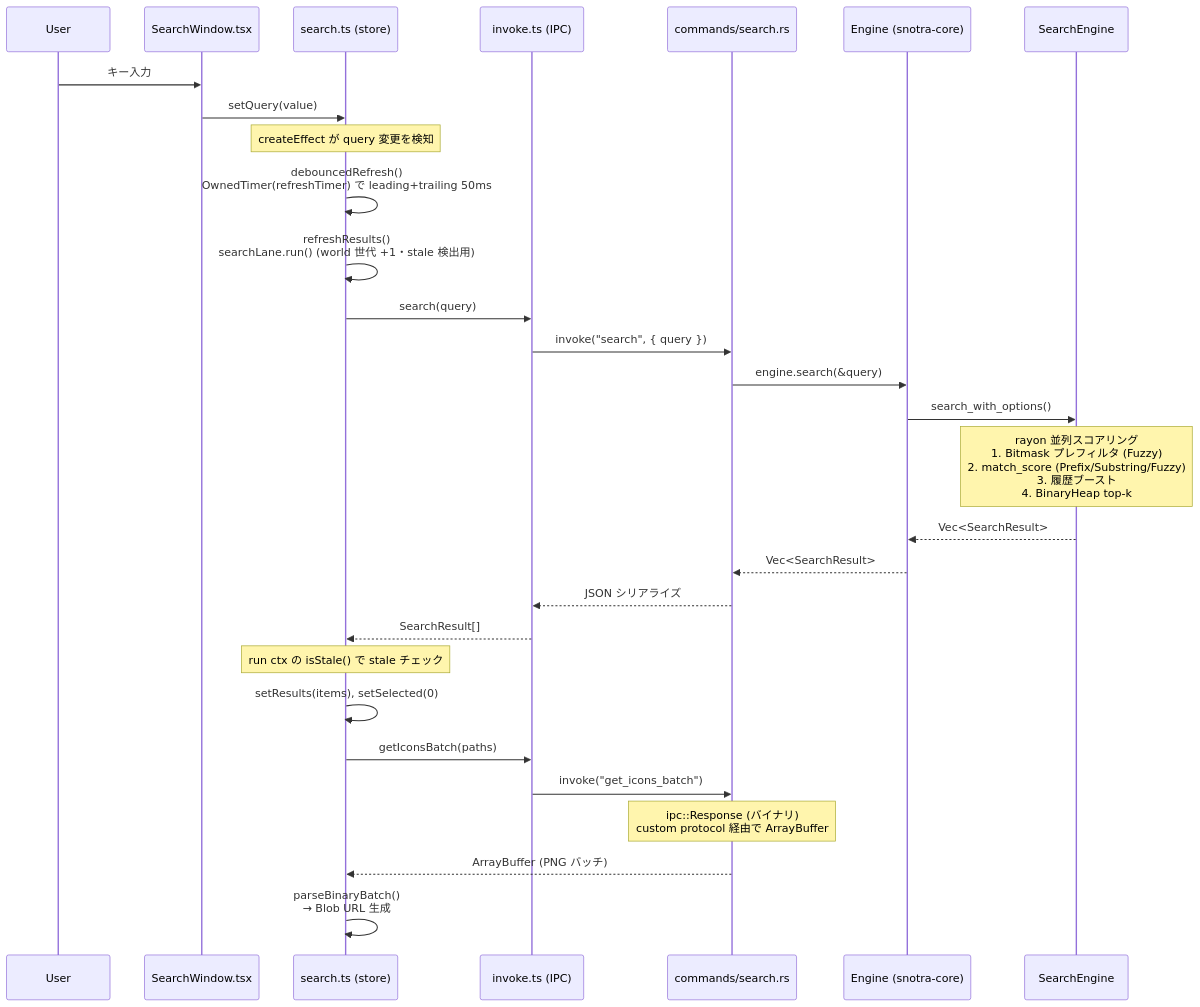
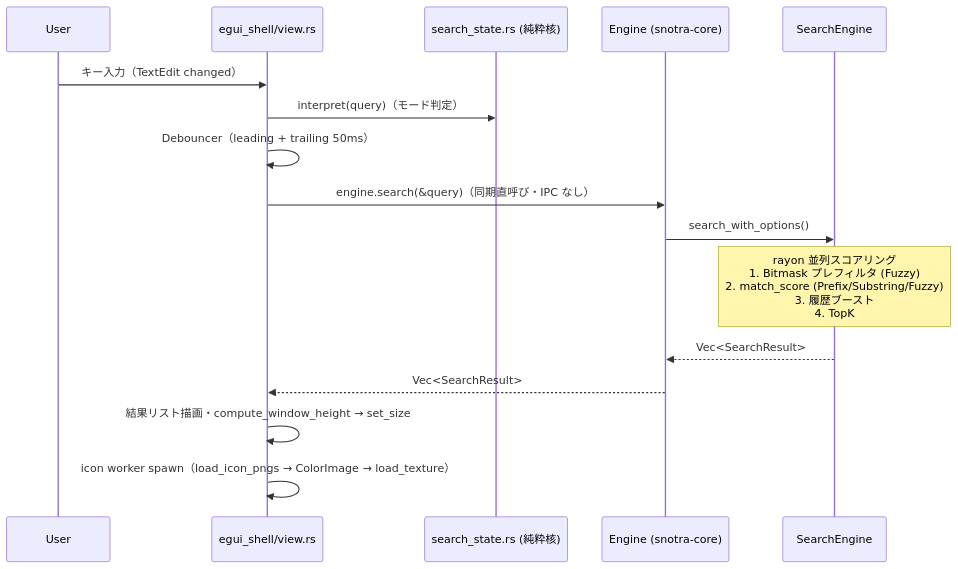
Before and after one commit to finelagusaz/Snotra: the diagram in docs/architecture.md, drawn with Mermaid. The commit also changed other lines of this file and 98 other files, not shown here.

````diff
--- a/docs/architecture.md
+++ b/docs/architecture.md
@@ -185,42 +159,21 @@
 ```mermaid
 sequenceDiagram
     participant User
-    participant SW as SearchWindow.tsx
-    participant SS as search.ts (store)
-    participant API as invoke.ts (IPC)
-    participant Cmd as commands/search.rs
+    participant View as egui_shell/view.rs
+    participant State as search_state.rs (純粋核)
     participant Eng as Engine (snotra-core)
     participant SE as SearchEngine
 
-    User->>SW: キー入力
-    SW->>SS: setQuery(value)
-
-    Note over SS: createEffect が query 変更を検知
-
-    SS->>SS: debouncedRefresh()<br/>OwnedTimer(refreshTimer) で leading+trailing 50ms
-
-    SS->>SS: refreshResults()<br/>searchLane.run() (world 世代 +1・stale 検出用)
-    SS->>API: search(query)
-    API->>Cmd: invoke("search", { query })
-    Cmd->>Eng: engine.search(&query)
+    User->>View: キー入力（TextEdit changed）
+    View->>State: interpret(query)（モード判定）
+    View->>View: Debouncer（leading + trailing 50ms）
+    View->>Eng: engine.search(&query)（同期直呼び・IPC なし）
     Eng->>SE: search_with_options()
 
-    Note over SE: rayon 並列スコアリング<br/>1. Bitmask プレフィルタ (Fuzzy)<br/>2. match_score (Prefix/Substring/Fuzzy)<br/>3. 履歴ブースト<br/>4. BinaryHeap top-k
+    Note over SE: rayon 並列スコアリング<br/>1. Bitmask プレフィルタ (Fuzzy)<br/>2. match_score (Prefix/Substring/Fuzzy)<br/>3. 履歴ブースト<br/>4. TopK
 
     SE-->>Eng: Vec<SearchResult>
-    Eng-->>Cmd: Vec<SearchResult>
-    Cmd-->>API: JSON シリアライズ
-    API-->>SS: SearchResult[]
-
-    Note over SS: run ctx の isStale() で stale チェック
-
-    SS->>SS: setResults(items), setSelected(0)
-
-    SS->>API: getIconsBatch(paths)
-    API->>Cmd: invoke("get_icons_batch")
-
-    Note over Cmd: ipc::Response (バイナリ)<br/>custom protocol 経由で ArrayBuffer
-
-    Cmd-->>SS: ArrayBuffer (PNG バッチ)
-    SS->>SS: parseBinaryBatch()<br/>→ Blob URL 生成
+    Eng-->>View: Vec<SearchResult>
+    View->>View: 結果リスト描画・compute_window_height → set_size
+    View->>View: icon worker spawn（load_icon_pngs → ColorImage → load_texture）
 ```
````
